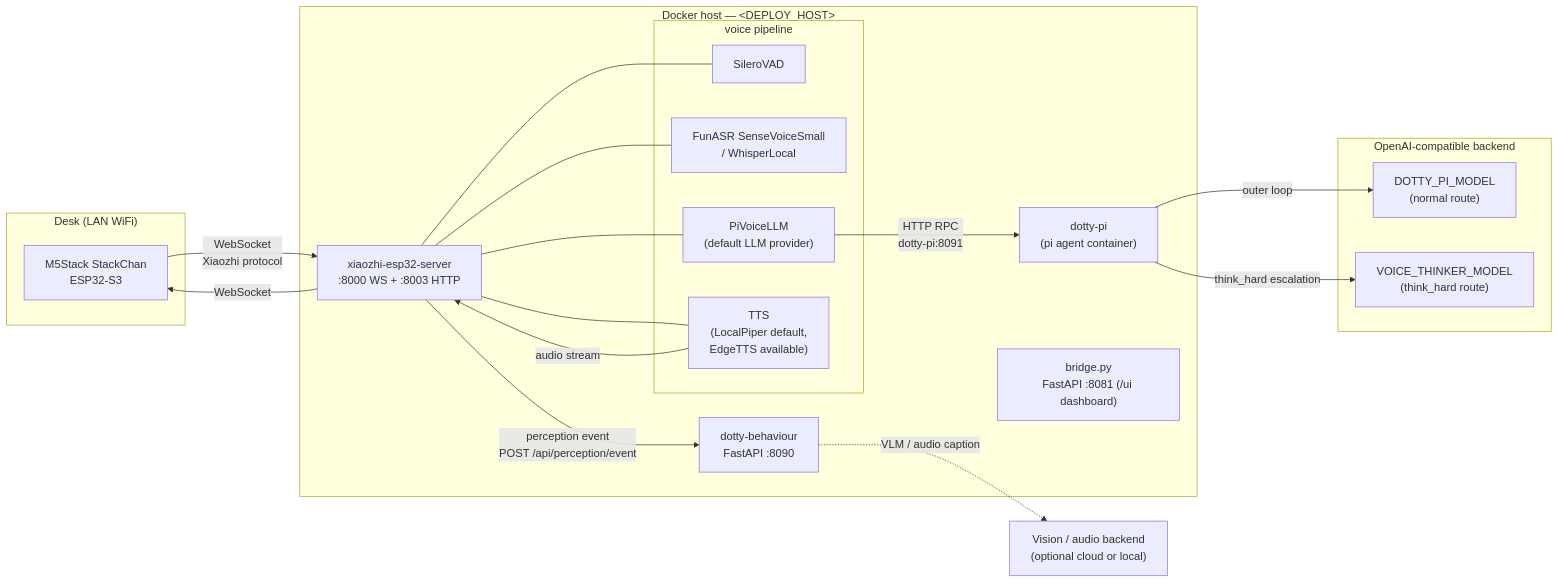
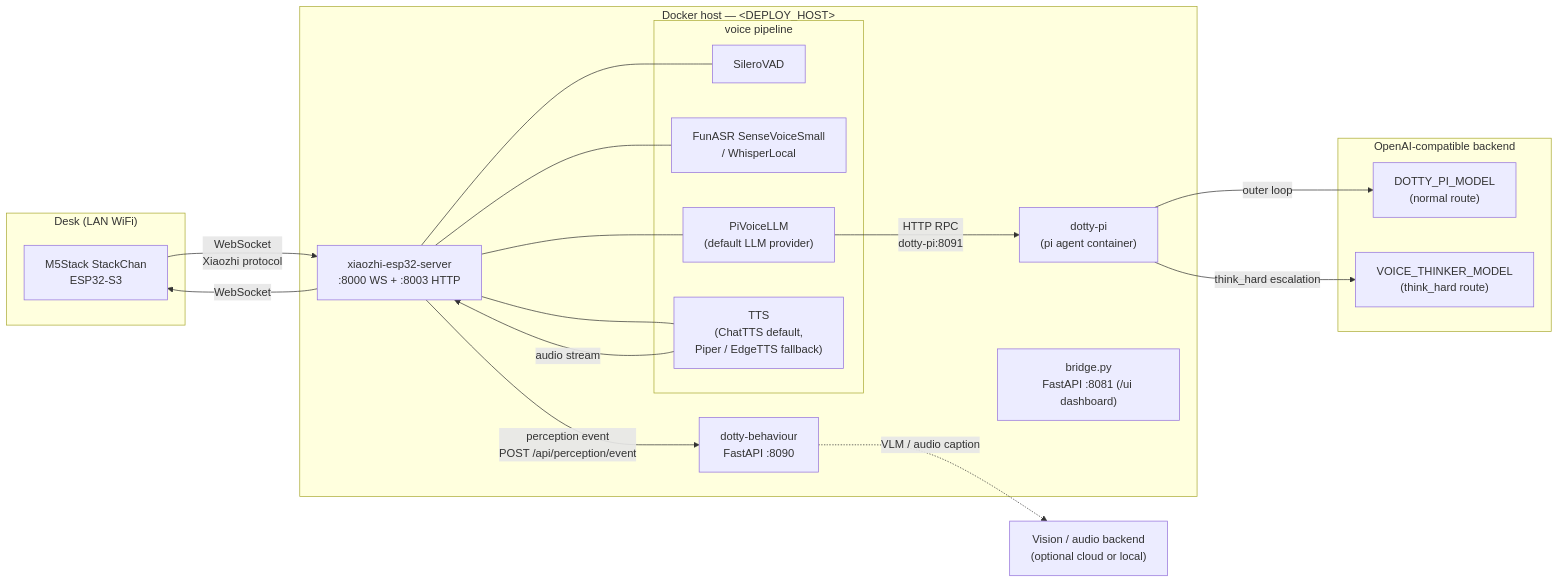
The first of 4 diagrams in docs/architecture.md (alkaid/dotty-stackchan), drawn with Mermaid before and after one commit. The commit also changed 28 other files, not shown here.

````diff
--- a/docs/architecture.md
+++ b/docs/architecture.md
@@ -20,36 +20,36 @@
 ```mermaid
 flowchart LR
     subgraph Desk["Desk (LAN WiFi)"]
         SC["M5Stack StackChan<br/>ESP32-S3"]
     end
 
     subgraph DockerHost["Docker host — &lt;DEPLOY_HOST&gt;"]
         XZ["xiaozhi-esp32-server<br/>:8000 WS + :8003 HTTP"]
         subgraph XZMods["voice pipeline"]
             VAD["SileroVAD"]
             ASR["FunASR SenseVoiceSmall<br/>/ WhisperLocal"]
             PV["PiVoiceLLM<br/>(default LLM provider)"]
-            TTS["TTS<br/>(LocalPiper default,<br/>EdgeTTS available)"]
+            TTS["TTS<br/>(ChatTTS default,<br/>Piper / EdgeTTS fallback)"]
         end
         PI["dotty-pi<br/>(pi agent container)"]
         BH["dotty-behaviour<br/>FastAPI :8090"]
         BR["bridge.py<br/>FastAPI :8081 (/ui dashboard)"]
     end
 
     subgraph Models["OpenAI-compatible backend"]
         SIMPLE["DOTTY_PI_MODEL<br/>(normal route)"]
         THINK["VOICE_THINKER_MODEL<br/>(think_hard route)"]
     end
 
     Cloud["Vision / audio backend<br/>(optional cloud or local)"]
 
     SC -->|"WebSocket<br/>Xiaozhi protocol"| XZ
     XZ --- VAD & ASR & PV & TTS
     PV -->|"HTTP RPC<br/>dotty-pi:8091"| PI
     PI -->|"outer loop"| SIMPLE
     PI -->|"think_hard escalation"| THINK
     XZ -->|"perception event<br/>POST /api/perception/event"| BH
     BH -.->|"VLM / audio caption"| Cloud
     TTS -->|"audio stream"| XZ
     XZ -->|"WebSocket"| SC
 ```
````
